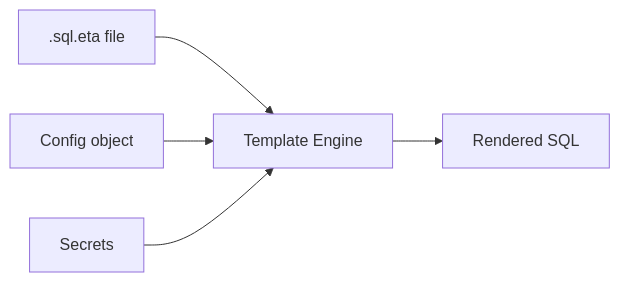
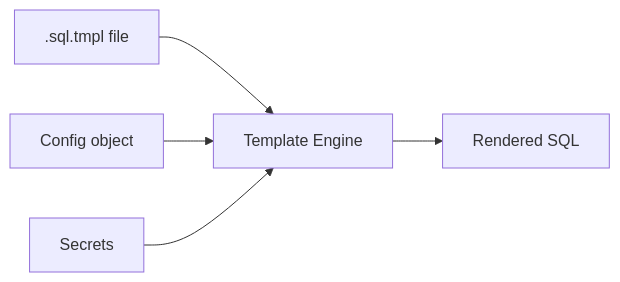
One commit to noormdev/noorm changed the fourth of 4 diagrams in plan/runner.md. Above: the diagram before and after it, drawn with Mermaid. The commit also changed other lines of this file and 32 other files, not shown here.

````diff
--- a/plan/runner.md
+++ b/plan/runner.md
@@ -287,7 +287,7 @@
 ```mermaid
 flowchart LR
-    File[".sql.eta file"] --> Engine[Template Engine]
+    File[".sql.tmpl file"] --> Engine[Template Engine]
     Config[Config object] --> Engine
     Secrets[Secrets] --> Engine
     Engine --> SQL["Rendered SQL"]
 ```
````
